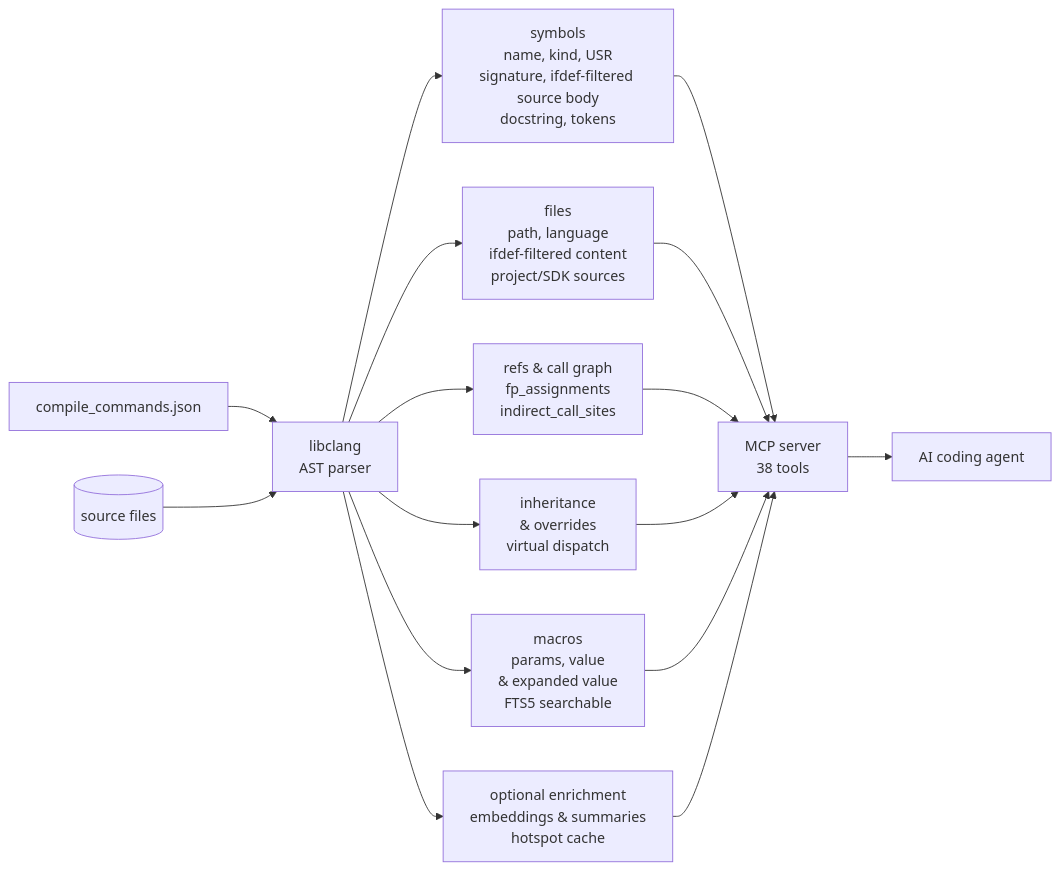
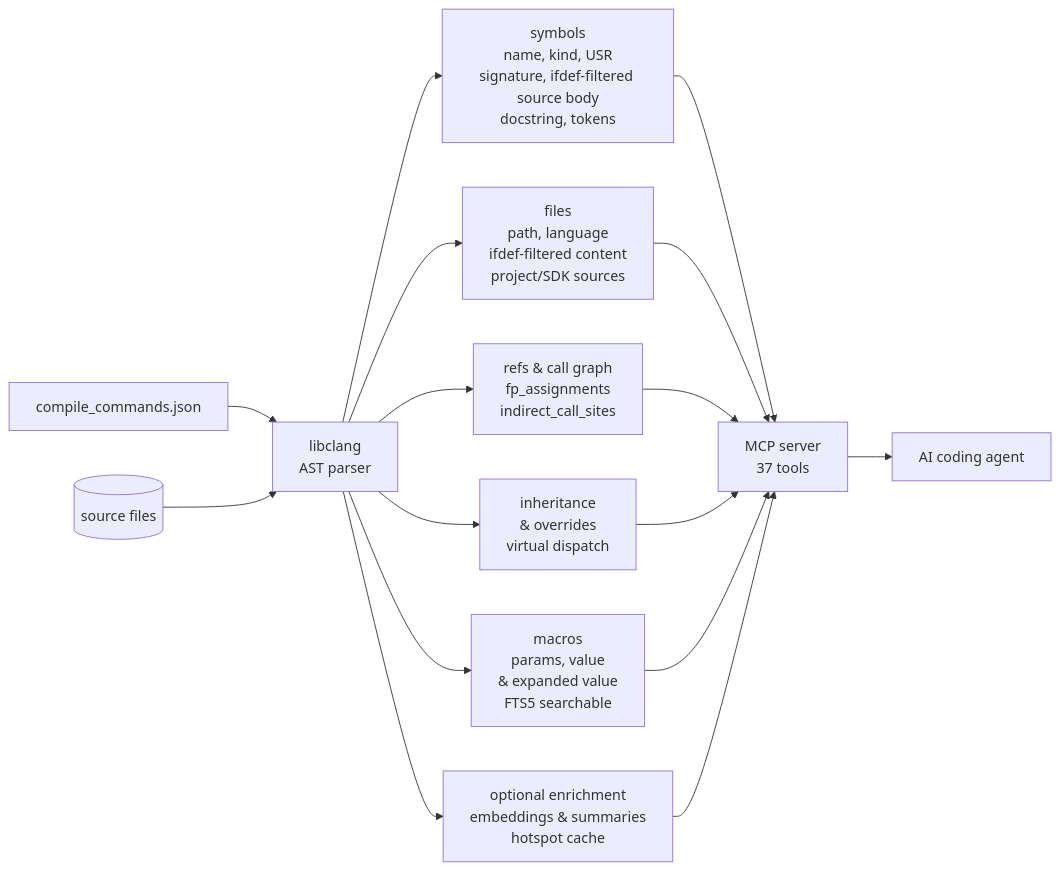
Before and after one commit to turbyho/fw-context-mcp: the diagram in README.md, drawn with Mermaid. The commit also changed 20 other files, not shown here.

````diff
--- a/README.md
+++ b/README.md
@@ -112,7 +112,7 @@
 ```mermaid
 flowchart LR
     CCJ[compile_commands.json] & SRC[(source files)] --> LIBCLANG[libclang<br/>AST parser]
     LIBCLANG --> SYMBOLS[symbols<br/>name, kind, USR<br/>signature, ifdef-filtered source body<br/>docstring, tokens] & FILES[files<br/>path, language<br/>ifdef-filtered content<br/>project/SDK sources] & REFS[refs &amp; call graph<br/>fp_assignments<br/>indirect_call_sites] & INHERIT[inheritance<br/>&amp; overrides<br/>virtual dispatch] & MACROS[macros<br/>params, value<br/>&amp; expanded value<br/>FTS5 searchable] & ENRICH[optional enrichment<br/>embeddings &amp; summaries<br/>hotspot cache]
-    SYMBOLS & FILES & REFS & INHERIT & MACROS & ENRICH --> MCP[MCP server<br/>38 tools]
+    SYMBOLS & FILES & REFS & INHERIT & MACROS & ENRICH --> MCP[MCP server<br/>37 tools]
     MCP --> LLM[AI coding agent]
 ```
````
